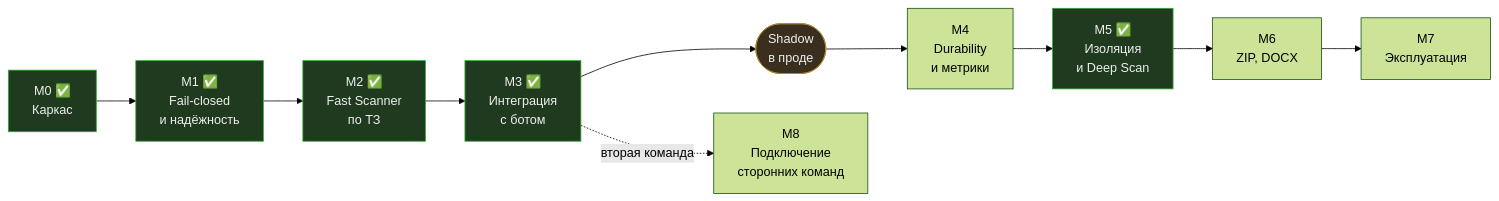
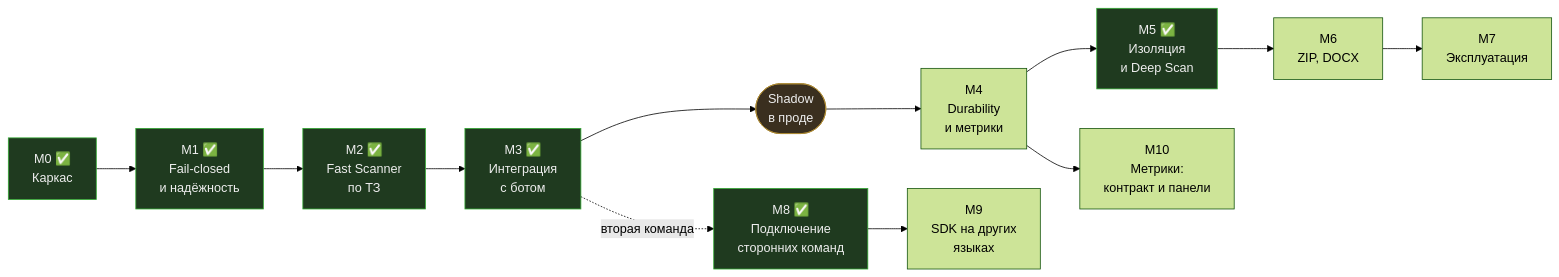
One commit to dato-dev/vulnscan changed the diagram in ROADMAP.md. Above: the diagram before and after it, drawn with Mermaid (forest theme). The commit also changed other lines of this file and 42 other files, not shown here.

````diff
--- a/ROADMAP.md
+++ b/ROADMAP.md
@@ -11,19 +30,22 @@
 ```mermaid
 flowchart LR
     M0["M0 ✅<br/>Каркас"] --> M1["M1 ✅<br/>Fail-closed<br/>и надёжность"]
     M1 --> M2["M2 ✅<br/>Fast Scanner<br/>по ТЗ"]
     M2 --> M3["M3 ✅<br/>Интеграция<br/>с ботом"]
     M3 --> PROD(["Shadow<br/>в проде"])
     PROD --> M4["M4<br/>Durability<br/>и метрики"]
     M4 --> M5["M5 ✅<br/>Изоляция<br/>и Deep Scan"]
     M5 --> M6["M6<br/>ZIP, DOCX"]
     M6 --> M7["M7<br/>Эксплуатация"]
-    M3 -.->|"вторая команда"| M8["M8<br/>Подключение<br/>сторонних команд"]
+    M4 --> M10["M10<br/>Метрики:<br/>контракт и панели"]
+    M8 --> M9["M9<br/>SDK на других<br/>языках"]
+    M3 -.->|"вторая команда"| M8["M8 ✅<br/>Подключение<br/>сторонних команд"]
 
     style M0 fill:#1f3a1f,stroke:#3a3,color:#eee
     style M1 fill:#1f3a1f,stroke:#3a3,color:#eee
     style M2 fill:#1f3a1f,stroke:#3a3,color:#eee
     style M3 fill:#1f3a1f,stroke:#3a3,color:#eee
     style M5 fill:#1f3a1f,stroke:#3a3,color:#eee
+    style M8 fill:#1f3a1f,stroke:#3a3,color:#eee
     style PROD fill:#3a2f1f,stroke:#a83,color:#eee
 ```
````
